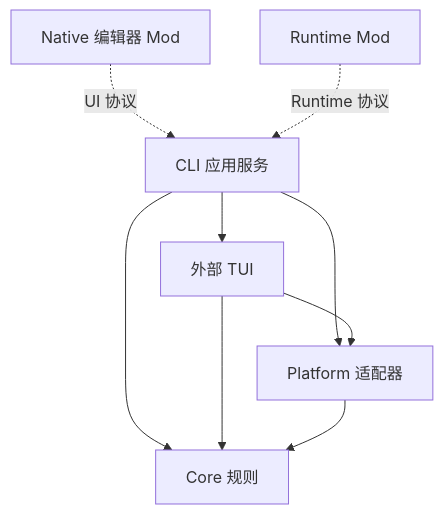
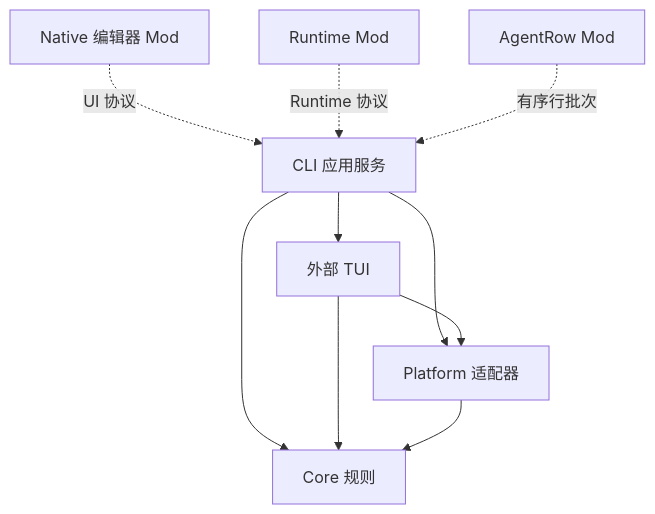
One commit to fbincon/claude-code-statusline changed the diagram in docs/development/architecture.zh-CN.md. Above: the diagram before and after it, drawn with Mermaid. The commit also changed other lines of this file and 174 other files, not shown here.

Commit message:
feat: render subagent status lines with the Claude Code AgentRow mod

````diff
--- a/docs/development/architecture.zh-CN.md
+++ b/docs/development/architecture.zh-CN.md
@@ -11,11 +11,12 @@
 ```mermaid
 flowchart TD
     Native[Native 编辑器 Mod] -. UI 协议 .-> CLI[CLI 应用服务]
     Runtime[Runtime Mod] -. Runtime 协议 .-> CLI
+    Rows[AgentRow Mod] -. 有序行批次 .-> CLI
     CLI --> TUI[外部 TUI]
     CLI --> Platform[Platform 适配器]
     CLI --> Core[Core 规则]
     TUI --> Platform
     TUI --> Core
     Platform --> Core
 ```
````
